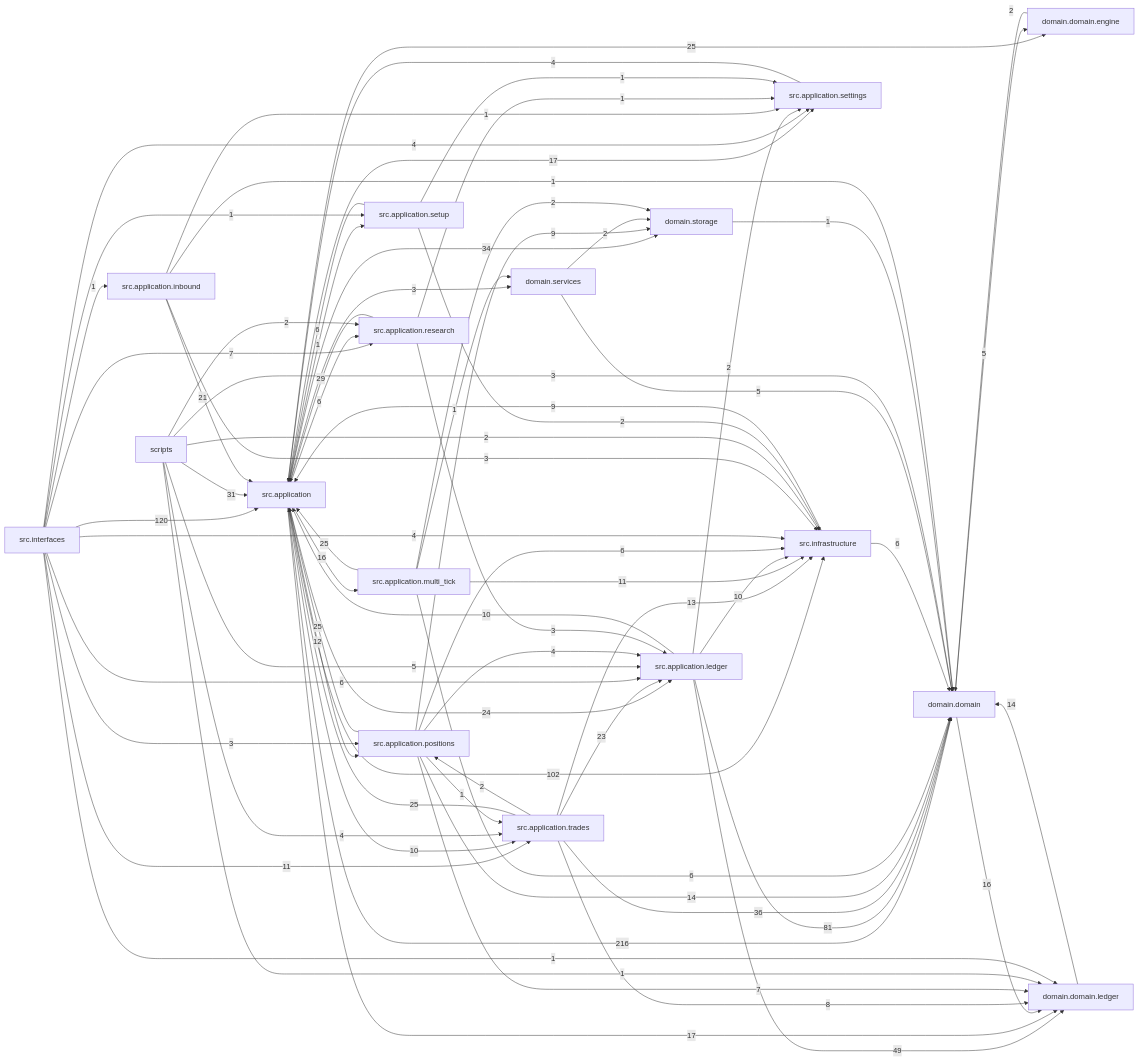
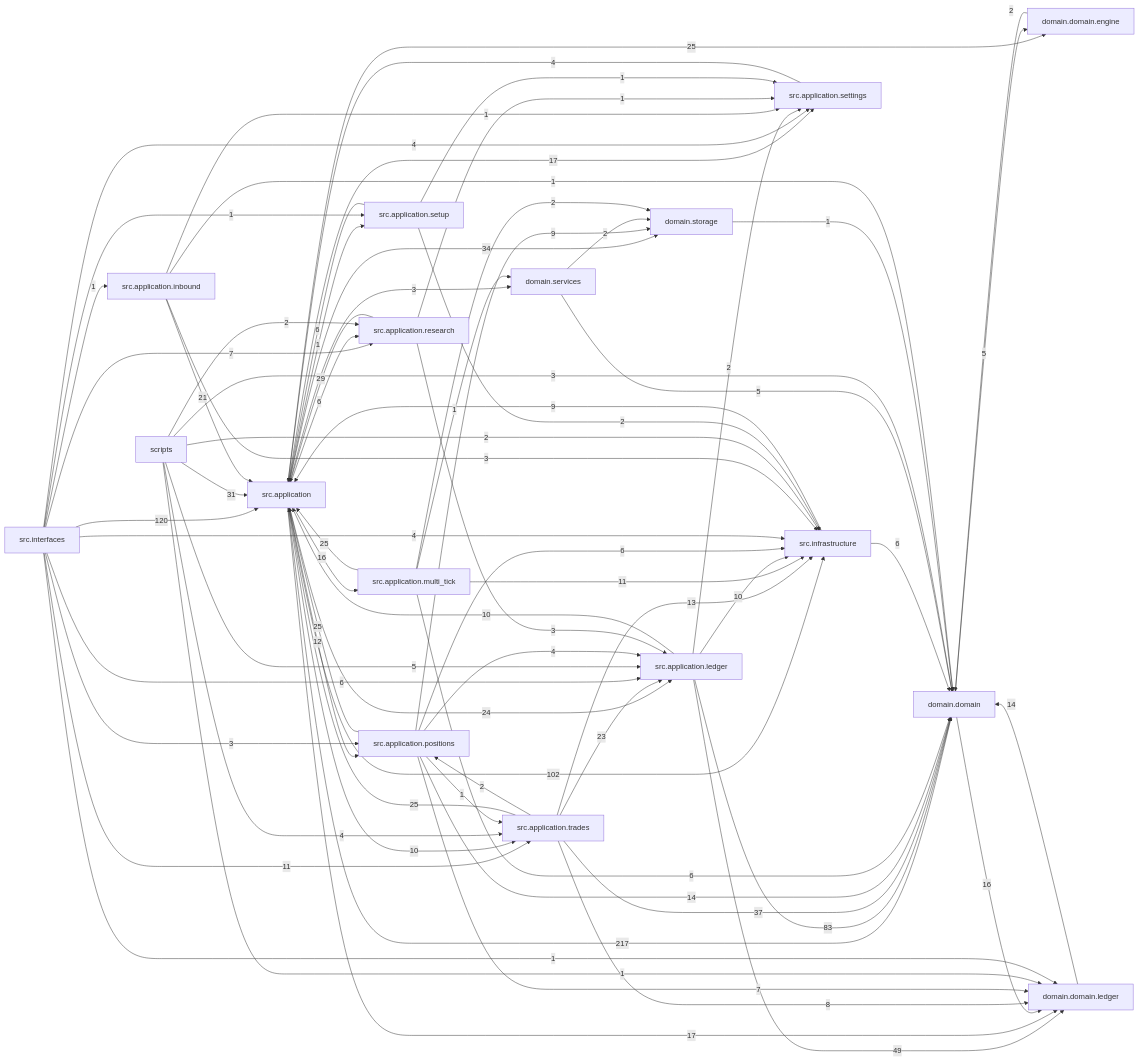
The diagram in docs/dependency_graph.mmd (liuxie066/options-monitor), drawn with Mermaid before and after one commit. The commit also changed 14 other files, not shown here.

```diff
--- a/docs/dependency_graph.mmd
+++ b/docs/dependency_graph.mmd
@@ -1,74 +1,74 @@
 flowchart LR
-  src_application["src.application"] -->|216| domain_domain["domain.domain"]
+  src_application["src.application"] -->|217| domain_domain["domain.domain"]
   src_interfaces["src.interfaces"] -->|120| src_application["src.application"]
   src_application["src.application"] -->|102| src_infrastructure["src.infrastructure"]
-  src_application_ledger["src.application.ledger"] -->|81| domain_domain["domain.domain"]
+  src_application_ledger["src.application.ledger"] -->|83| domain_domain["domain.domain"]
   src_application_ledger["src.application.ledger"] -->|49| domain_domain_ledger["domain.domain.ledger"]
-  src_application_trades["src.application.trades"] -->|36| domain_domain["domain.domain"]
+  src_application_trades["src.application.trades"] -->|37| domain_domain["domain.domain"]
   src_application["src.application"] -->|34| domain_storage["domain.storage"]
   scripts["scripts"] -->|31| src_application["src.application"]
   src_application_research["src.application.research"] -->|29| src_application["src.application"]
   src_application["src.application"] -->|25| domain_domain_engine["domain.domain.engine"]
   src_application_multi_tick["src.application.multi_tick"] -->|25| src_application["src.application"]
   src_application_positions["src.application.positions"] -->|25| src_application["src.application"]
   src_application_trades["src.application.trades"] -->|25| src_application["src.application"]
   src_application["src.application"] -->|24| src_application_ledger["src.application.ledger"]
   src_application_trades["src.application.trades"] -->|23| src_application_ledger["src.application.ledger"]
   src_application_inbound["src.application.inbound"] -->|21| src_application["src.application"]
   src_application["src.application"] -->|17| domain_domain_ledger["domain.domain.ledger"]
   src_application["src.application"] -->|17| src_application_settings["src.application.settings"]
   domain_domain["domain.domain"] -->|16| domain_domain_ledger["domain.domain.ledger"]
   src_application["src.application"] -->|16| src_application_multi_tick["src.application.multi_tick"]
   domain_domain_ledger["domain.domain.ledger"] -->|14| domain_domain["domain.domain"]
   src_application_positions["src.application.positions"] -->|14| domain_domain["domain.domain"]
   src_application_trades["src.application.trades"] -->|13| src_infrastructure["src.infrastructure"]
   src_application["src.application"] -->|12| src_application_positions["src.application.positions"]
   src_application_multi_tick["src.application.multi_tick"] -->|11| src_infrastructure["src.infrastructure"]
   src_interfaces["src.interfaces"] -->|11| src_application_trades["src.application.trades"]
   src_application["src.application"] -->|10| src_application_trades["src.application.trades"]
   src_application_ledger["src.application.ledger"] -->|10| src_application["src.application"]
   src_application_ledger["src.application.ledger"] -->|10| src_infrastructure["src.infrastructure"]
   src_application_positions["src.application.positions"] -->|9| domain_storage["domain.storage"]
   src_infrastructure["src.infrastructure"] -->|9| src_application["src.application"]
   src_application_trades["src.application.trades"] -->|8| domain_domain_ledger["domain.domain.ledger"]
   src_application_positions["src.application.positions"] -->|7| domain_domain_ledger["domain.domain.ledger"]
   src_interfaces["src.interfaces"] -->|7| src_application_research["src.application.research"]
   src_application["src.application"] -->|6| src_application_research["src.application.research"]
   src_application_multi_tick["src.application.multi_tick"] -->|6| domain_domain["domain.domain"]
   src_application_positions["src.application.positions"] -->|6| src_infrastructure["src.infrastructure"]
   src_application_setup["src.application.setup"] -->|6| src_application["src.application"]
   src_infrastructure["src.infrastructure"] -->|6| domain_domain["domain.domain"]
   src_interfaces["src.interfaces"] -->|6| src_application_ledger["src.application.ledger"]
   domain_domain["domain.domain"] -->|5| domain_domain_engine["domain.domain.engine"]
   domain_services["domain.services"] -->|5| domain_domain["domain.domain"]
   scripts["scripts"] -->|5| src_application_ledger["src.application.ledger"]
   scripts["scripts"] -->|4| src_application_trades["src.application.trades"]
   src_application_positions["src.application.positions"] -->|4| src_application_ledger["src.application.ledger"]
   src_application_settings["src.application.settings"] -->|4| src_application["src.application"]
   src_interfaces["src.interfaces"] -->|4| src_application_settings["src.application.settings"]
   src_interfaces["src.interfaces"] -->|4| src_infrastructure["src.infrastructure"]
   scripts["scripts"] -->|3| domain_domain["domain.domain"]
   src_application["src.application"] -->|3| domain_services["domain.services"]
   src_application_inbound["src.application.inbound"] -->|3| src_infrastructure["src.infrastructure"]
   src_application_research["src.application.research"] -->|3| src_application_ledger["src.application.ledger"]
   src_interfaces["src.interfaces"] -->|3| src_application_positions["src.application.positions"]
   domain_domain_engine["domain.domain.engine"] -->|2| domain_domain["domain.domain"]
   domain_services["domain.services"] -->|2| domain_storage["domain.storage"]
   scripts["scripts"] -->|2| src_application_research["src.application.research"]
   scripts["scripts"] -->|2| src_infrastructure["src.infrastructure"]
   src_application_ledger["src.application.ledger"] -->|2| src_application_settings["src.application.settings"]
   src_application_multi_tick["src.application.multi_tick"] -->|2| domain_storage["domain.storage"]
   src_application_setup["src.application.setup"] -->|2| src_infrastructure["src.infrastructure"]
   src_application_trades["src.application.trades"] -->|2| src_application_positions["src.application.positions"]
   domain_storage["domain.storage"] -->|1| domain_domain["domain.domain"]
   scripts["scripts"] -->|1| domain_domain_ledger["domain.domain.ledger"]
   src_application["src.application"] -->|1| src_application_setup["src.application.setup"]
   src_application_inbound["src.application.inbound"] -->|1| domain_domain["domain.domain"]
   src_application_inbound["src.application.inbound"] -->|1| src_application_settings["src.application.settings"]
   src_application_multi_tick["src.application.multi_tick"] -->|1| domain_services["domain.services"]
   src_application_positions["src.application.positions"] -->|1| src_application_trades["src.application.trades"]
   src_application_research["src.application.research"] -->|1| src_application_settings["src.application.settings"]
   src_application_setup["src.application.setup"] -->|1| src_application_settings["src.application.settings"]
   src_interfaces["src.interfaces"] -->|1| domain_domain_ledger["domain.domain.ledger"]
   src_interfaces["src.interfaces"] -->|1| src_application_inbound["src.application.inbound"]
   src_interfaces["src.interfaces"] -->|1| src_application_setup["src.application.setup"]
```
